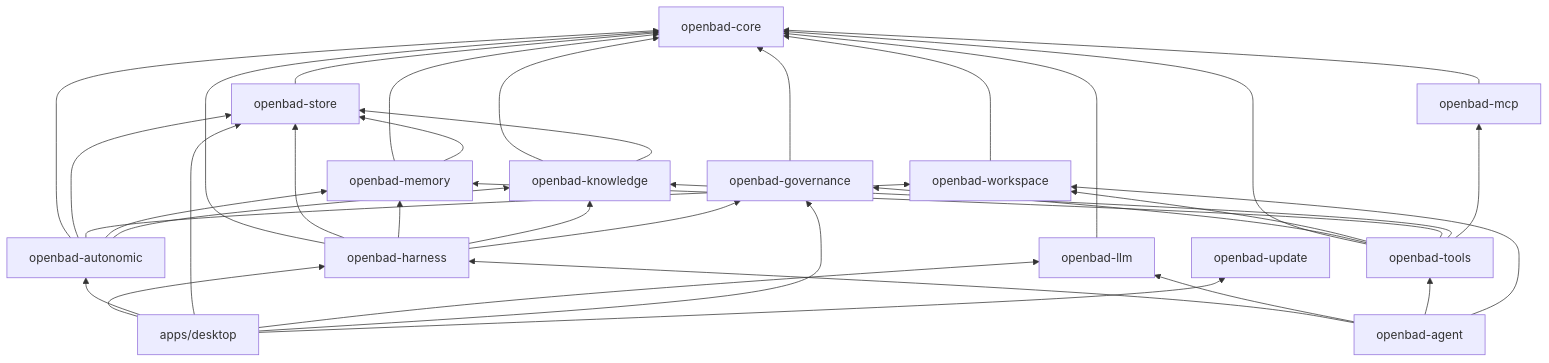
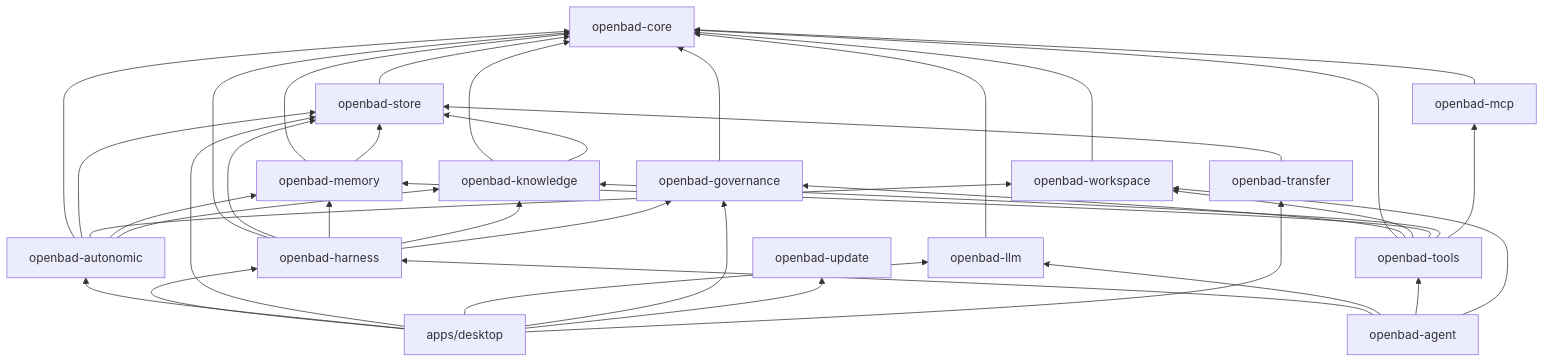
The diagram in docs/architecture/02-rust-workspace-and-crates.md (bruceamoser/OpenBaD), drawn with Mermaid before and after one commit. The commit also changed other lines of this file and 17 other files, not shown here.

````diff
--- a/docs/architecture/02-rust-workspace-and-crates.md
+++ b/docs/architecture/02-rust-workspace-and-crates.md
@@ -85,40 +87,42 @@
 ```mermaid
 flowchart BT
     Core[openbad-core]
     Store[openbad-store] --> Core
     Llm[openbad-llm] --> Core
     Gov[openbad-governance] --> Core
     Ws[openbad-workspace] --> Core
     Mem[openbad-memory] --> Core
     Mem --> Store
     Know[openbad-knowledge] --> Core
     Know --> Store
     Tools[openbad-tools] --> Core
     Tools --> Gov
     Tools --> Ws
     Tools --> Mem
     Tools --> Know
     Harness[openbad-harness] --> Core
     Harness --> Store
     Harness --> Mem
     Harness --> Know
     Harness --> Gov
     Agent[openbad-agent] --> Harness
     Agent --> Llm
     Agent --> Tools
     Agent --> Ws
     Auto[openbad-autonomic] --> Core
     Auto --> Store
     Auto --> Ws
     Auto --> Mem
     Auto --> Know
     Mcp[openbad-mcp] --> Core
     Tools --> Mcp
     Upd[openbad-update]
+    Transfer[openbad-transfer] --> Store
     Desktop[apps/desktop] --> Harness
     Desktop --> Auto
     Desktop --> Store
     Desktop --> Llm
     Desktop --> Gov
     Desktop --> Upd
+    Desktop --> Transfer
 ```
````
